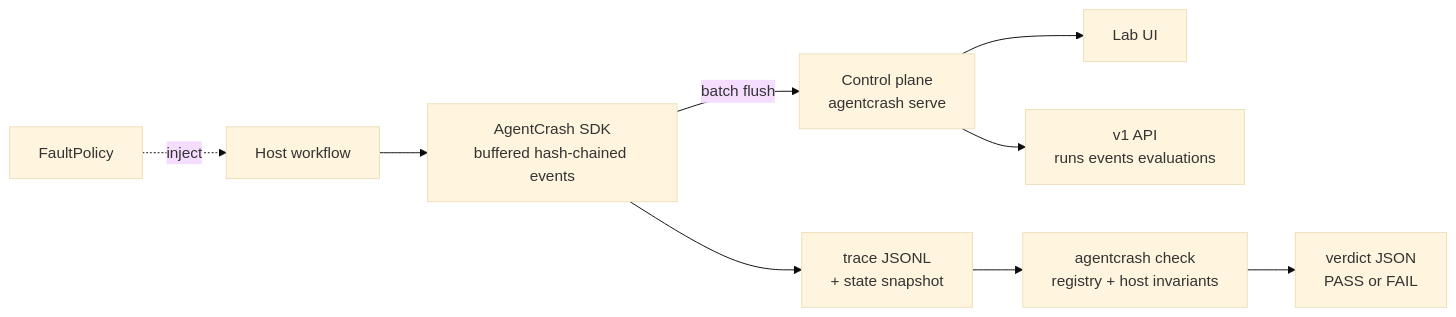
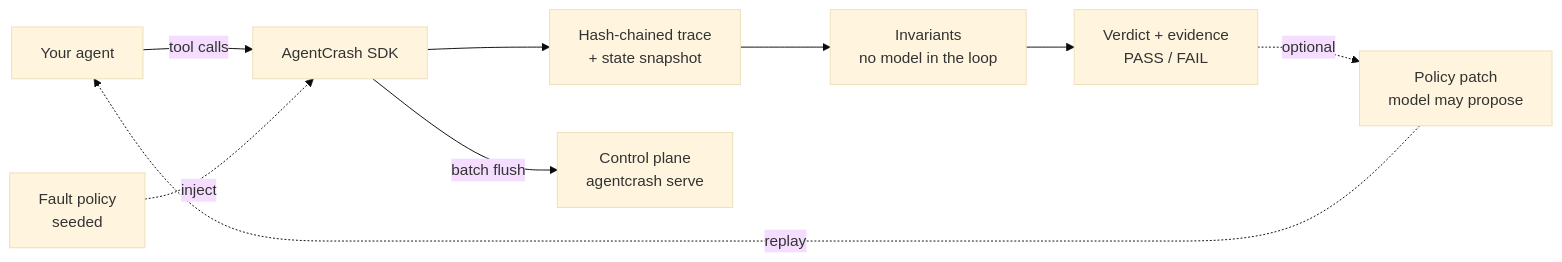
Before and after one commit to SahilSatyam/AgentCrash: the diagram in README.md, drawn with Mermaid (base theme). The commit also changed other lines of this file and 39 other files, not shown here.

````diff
--- a/README.md
+++ b/README.md
@@ -51,11 +63,11 @@
 ```mermaid
 flowchart LR
-    H[Host workflow] --> SDK[AgentCrash SDK<br/>buffered hash-chained events]
+    H[Your agent] -->|tool calls| SDK[AgentCrash SDK]
+    F[Fault policy<br/>seeded] -.->|inject| SDK
+    SDK --> T[Hash-chained trace<br/>+ state snapshot]
     SDK -->|batch flush| S[Control plane<br/>agentcrash serve]
-    S --> Lab[Lab UI]
-    S --> API[v1 API<br/>runs events evaluations]
-    SDK --> T[trace JSONL<br/>+ state snapshot]
-    T --> C[agentcrash check<br/>registry + host invariants]
-    C --> V[verdict JSON<br/>PASS or FAIL]
-    F[FaultPolicy] -.->|inject| H
+    T --> C[Invariants<br/>no model in the loop]
+    C --> V[Verdict + evidence<br/>PASS / FAIL]
+    V -.->|optional| P[Policy patch<br/>model may propose]
+    P -.->|replay| H
 ```
````
